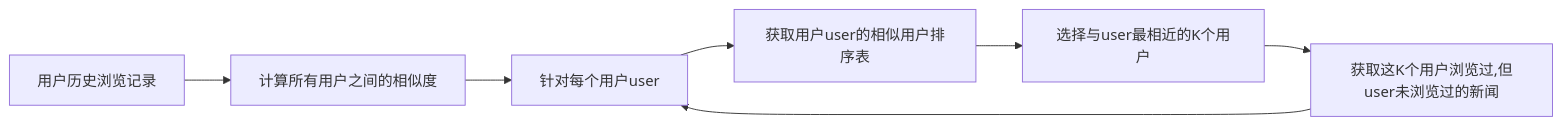
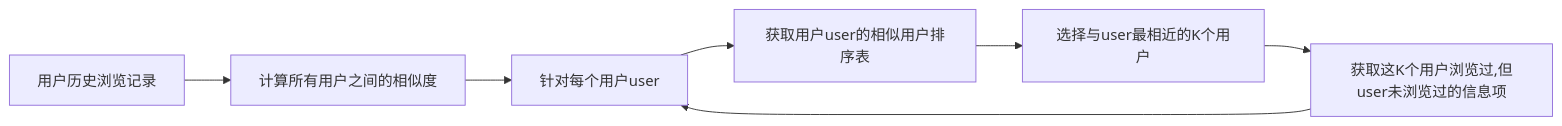
Before and after one commit to Sugarsugarzz/items-recommend-system: the first of 2 diagrams in README.md, drawn with Mermaid. The commit also changed other lines of this file and 2 other files, not shown here.

````diff
--- a/README.md
+++ b/README.md
@@ -200,9 +96,9 @@
    ```mermaid
    graph LR
    A[用户历史浏览记录] --> B[计算所有用户之间的相似度]
    B --> C[针对每个用户user]
    C --> D
    D[获取用户user的相似用户排序表] --> E[选择与user最相近的K个用户]
-   E --> F[获取这K个用户浏览过,但user未浏览过的新闻]
+   E --> F[获取这K个用户浏览过,但user未浏览过的信息项]
    F --> C
    ```
````
